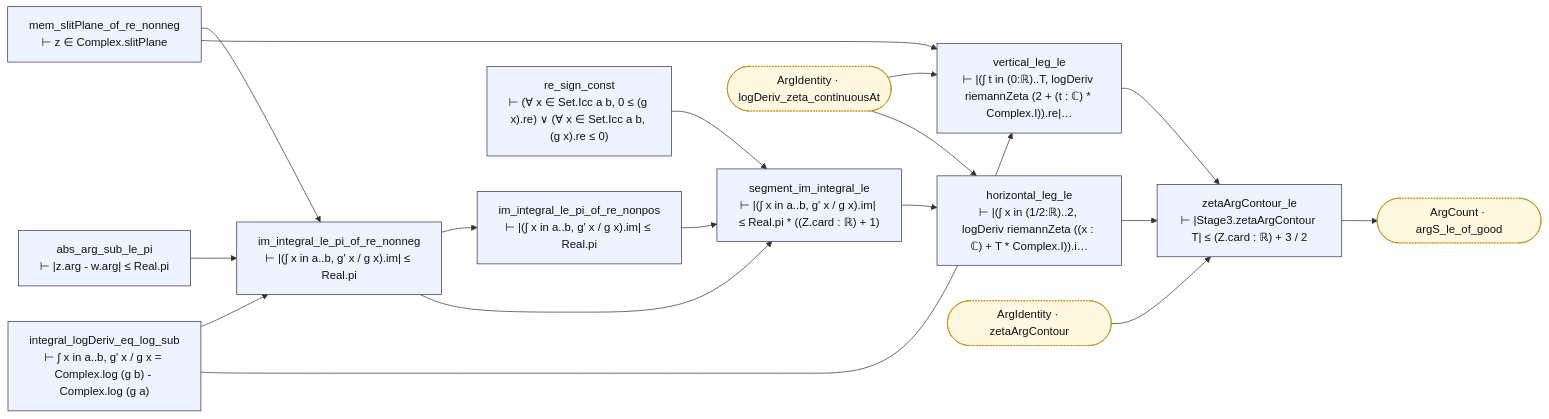
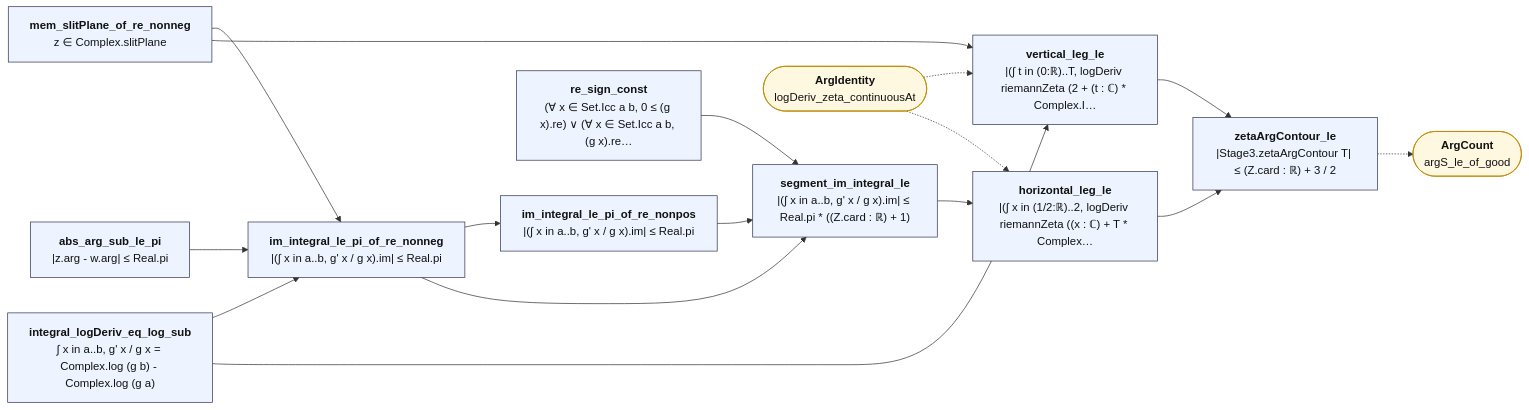
Before and after one commit to juliansambranojr/Primebeat_081426: the diagram in map/lean_stage3/ArgLegs.md, drawn with Mermaid. The commit also changed other lines of this file and 387 other files, not shown here.

````diff
--- a/map/lean_stage3/ArgLegs.md
+++ b/map/lean_stage3/ArgLegs.md
@@ -8,38 +12,35 @@
 ```mermaid
 flowchart LR
-  n0["abs_arg_sub_le_pi<br/>⊢ |z.arg - w.arg| ≤ Real.pi"]:::thm
-  n1["mem_slitPlane_of_re_nonneg<br/>⊢ z ∈ Complex.slitPlane"]:::thm
-  n2["integral_logDeriv_eq_log_sub<br/>⊢ ∫ x in a..b, g' x / g x = Complex.log (g b) - Complex.log (g a)"]:::thm
-  n3["im_integral_le_pi_of_re_nonneg<br/>⊢ |(∫ x in a..b, g' x / g x).im| ≤ Real.pi"]:::thm
-  n4["im_integral_le_pi_of_re_nonpos<br/>⊢ |(∫ x in a..b, g' x / g x).im| ≤ Real.pi"]:::thm
-  n5["re_sign_const<br/>⊢ (∀ x ∈ Set.Icc a b, 0 ≤ (g x).re) ∨ (∀ x ∈ Set.Icc a b, (g x).re ≤ 0)"]:::thm
-  n6["segment_im_integral_le<br/>⊢ |(∫ x in a..b, g' x / g x).im| ≤ Real.pi * ((Z.card : ℝ) + 1)"]:::thm
-  n7["vertical_leg_le<br/>⊢ |(∫ t in (0:ℝ)..T, logDeriv riemannZeta (2 + (t : ℂ) * Complex.I)).re|…"]:::thm
-  n8["horizontal_leg_le<br/>⊢ |(∫ x in (1/2:ℝ)..2, logDeriv riemannZeta ((x : ℂ) + T * Complex.I)).i…"]:::thm
-  n9["zetaArgContour_le<br/>⊢ |Stage3.zetaArgContour T| ≤ (Z.card : ℝ) + 3 / 2"]:::thm
-  x0(["ArgCount · argS_le_of_good"]):::ext
-  x1(["ArgIdentity · logDeriv_zeta_continuousAt"]):::ext
-  x2(["ArgIdentity · zetaArgContour"]):::ext
+  n0["<b>abs_arg_sub_le_pi</b><br/>|z.arg - w.arg| ≤ Real.pi"]:::thm
+  n1["<b>mem_slitPlane_of_re_nonneg</b><br/>z ∈ Complex.slitPlane"]:::thm
+  n2["<b>integral_logDeriv_eq_log_sub</b><br/>∫ x in a..b, g' x / g x = Complex.log (g b) - Complex.log (g a)"]:::thm
+  n3["<b>im_integral_le_pi_of_re_nonneg</b><br/>|(∫ x in a..b, g' x / g x).im| ≤ Real.pi"]:::thm
+  n4["<b>im_integral_le_pi_of_re_nonpos</b><br/>|(∫ x in a..b, g' x / g x).im| ≤ Real.pi"]:::thm
+  n5["<b>re_sign_const</b><br/>(∀ x ∈ Set.Icc a b, 0 ≤ (g x).re) ∨ (∀ x ∈ Set.Icc a b, (g x).re…"]:::thm
+  n6["<b>segment_im_integral_le</b><br/>|(∫ x in a..b, g' x / g x).im| ≤ Real.pi * ((Z.card : ℝ) + 1)"]:::thm
+  n7["<b>vertical_leg_le</b><br/>|(∫ t in (0:ℝ)..T, logDeriv riemannZeta (2 + (t : ℂ) * Complex.I…"]:::thm
+  n8["<b>horizontal_leg_le</b><br/>|(∫ x in (1/2:ℝ)..2, logDeriv riemannZeta ((x : ℂ) + T * Complex…"]:::thm
+  n9["<b>zetaArgContour_le</b><br/>|Stage3.zetaArgContour T| ≤ (Z.card : ℝ) + 3 / 2"]:::thm
+  x0(["<b>ArgIdentity</b><br/>logDeriv_zeta_continuousAt"]):::ext
+  x1(["<b>ArgCount</b><br/>argS_le_of_good"]):::ext
   n0 --> n3
   n1 --> n3
   n1 --> n7
   n2 --> n3
   n2 --> n7
   n3 --> n4
   n3 --> n6
   n4 --> n6
   n5 --> n6
   n6 --> n8
   n7 --> n9
   n8 --> n9
-  n9 --> x0
-  x1 --> n7
-  x1 --> n8
-  x2 --> n9
+  n9 -.-> x1
+  x0 -.-> n7
+  x0 -.-> n8
   classDef thm fill:#eef4ff,stroke:#335,color:#111
-  classDef dfn fill:#f2f2f2,stroke:#777,color:#111
   classDef end_ fill:#e7f7e7,stroke:#2a7,color:#111,stroke-width:2px
   classDef lone fill:#fff,stroke:#999,color:#111,stroke-dasharray:4 3
   classDef bad fill:#ffe5e5,stroke:#c22,color:#111,stroke-width:2px
-  classDef ext fill:#fff8e1,stroke:#b80,color:#111,stroke-dasharray:2 2
+  classDef ext fill:#fff8e1,stroke:#b80,color:#111
 ```
````
